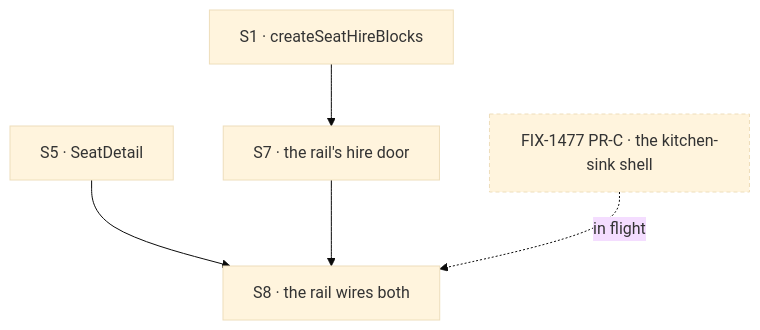
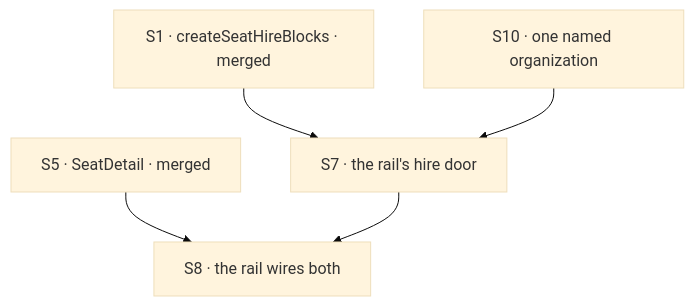
Before and after one commit to fixpoint-labs/flow-state-dev: the diagram in specs/issues/FIX-1500/PLAN.md, drawn with Mermaid (base theme). The commit also changed other lines of this file and 15 other files, not shown here.

First line of the commit message:
spec(FIX-1500, FIX-1527): amend — kitchen-sink runs as one named organization

````diff
--- a/specs/issues/FIX-1500/PLAN.md
+++ b/specs/issues/FIX-1500/PLAN.md
@@ -36,9 +37,7 @@
 ```mermaid
 flowchart TD
-  S1["S1 · createSeatHireBlocks"] --> S7["S7 · the rail's hire door"]
-  S5["S5 · SeatDetail"] --> S8["S8 · the rail wires both"]
+  S1["S1 · createSeatHireBlocks · merged"] --> S7["S7 · the rail's hire door"]
+  S10["S10 · one named organization"] --> S7
+  S5["S5 · SeatDetail · merged"] --> S8["S8 · the rail wires both"]
   S7 --> S8
-  R["FIX-1477 PR-C · the kitchen-sink shell"] -.->|"in flight"| S8
-  classDef external stroke-dasharray:4 3
-  class R external
 ```
````
